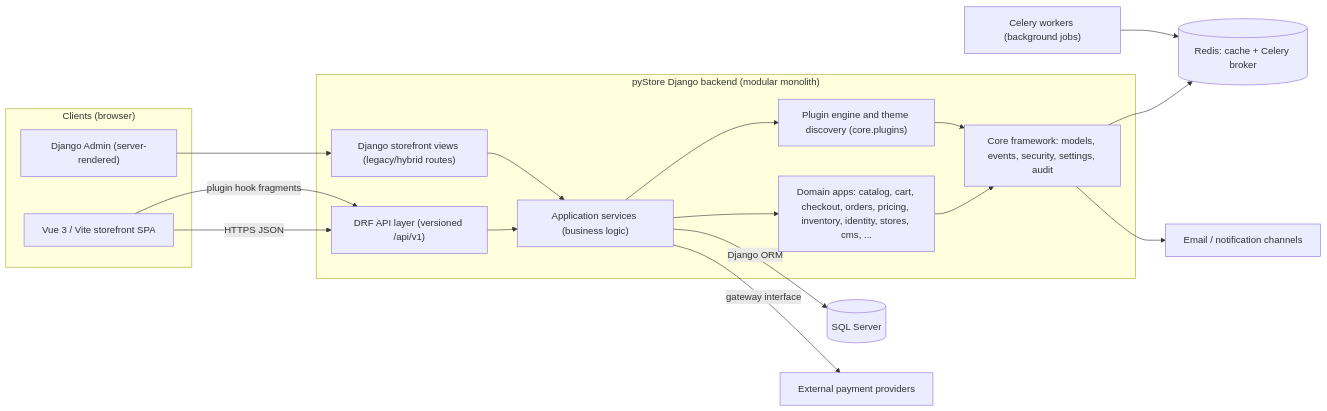
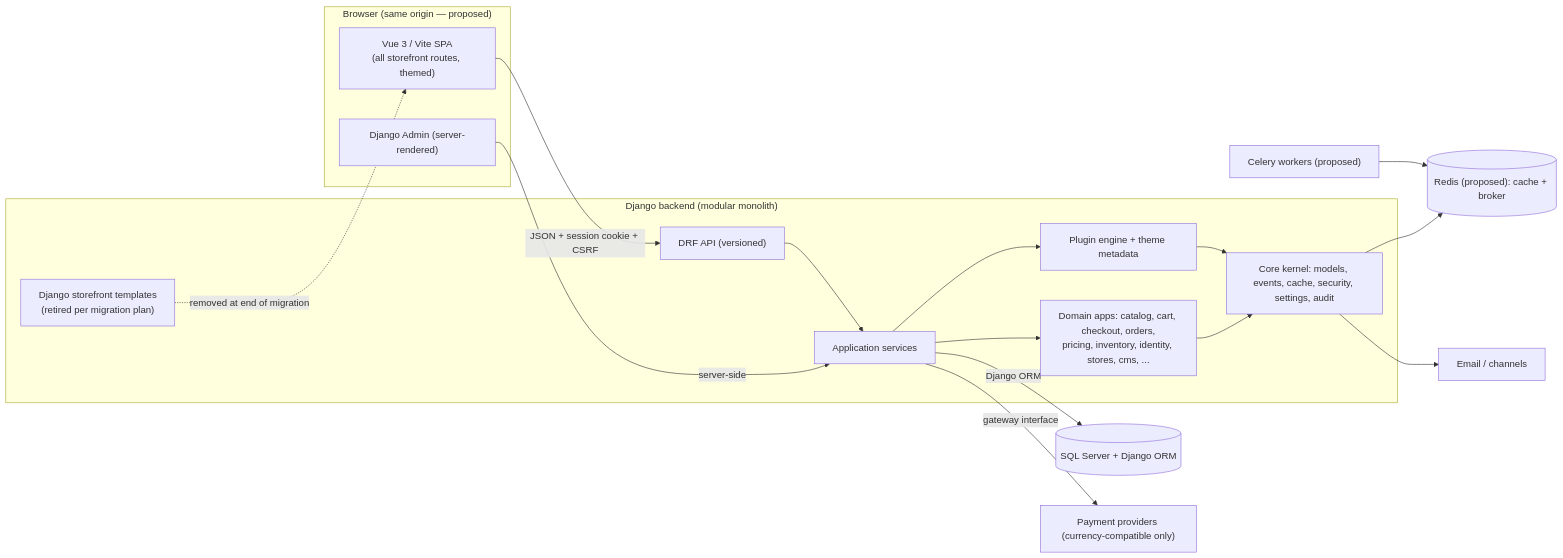
The second of 3 diagrams in specs/ARCHITECTURE.md (roshanfekr/pyStore), drawn with Mermaid before and after one commit. The commit also changed other lines of this file, not shown here.

````diff
--- a/specs/ARCHITECTURE.md
+++ b/specs/ARCHITECTURE.md
@@ -90,37 +321,36 @@
 ```mermaid
 flowchart LR
-    subgraph clients["Clients (browser)"]
-        VUE["Vue 3 / Vite storefront SPA"]
-        ADMINUI["Django Admin (server-rendered)"]
+    subgraph browser["Browser (same origin — proposed)"]
+        VUE["Vue 3 / Vite SPA<br/>(all storefront routes, themed)"]
+        ADMIN["Django Admin (server-rendered)"]
     end
 
-    subgraph backend["pyStore Django backend (modular monolith)"]
-        API["DRF API layer (versioned /api/v1)"]
-        PAGES["Django storefront views (legacy/hybrid routes)"]
-        SVCS["Application services (business logic)"]
-        DOM["Domain apps: catalog, cart, checkout, orders, pricing, inventory, identity, stores, cms, ..."]
-        PLUG["Plugin engine and theme discovery (core.plugins)"]
-        CORE["Core framework: models, events, security, settings, audit"]
+    subgraph django["Django backend (modular monolith)"]
+        API["DRF API (versioned)"]
+        SVCS["Application services"]
+        APPS["Domain apps: catalog, cart, checkout, orders,<br/>pricing, inventory, identity, stores, cms, ..."]
+        PLUG["Plugin engine + theme metadata"]
+        CORE["Core kernel: models, events, cache, security, settings, audit"]
+        LEGACY["Django storefront templates<br/>(retired per migration plan)"]
     end
 
-    DB[("SQL Server")]
-    REDIS[("Redis: cache + Celery broker")]
-    WORKERS["Celery workers (background jobs)"]
-    PAY["External payment providers"]
-    MAIL["Email / notification channels"]
+    DB[("SQL Server + Django ORM")]
+    REDIS[("Redis (proposed): cache + broker")]
+    WORK["Celery workers (proposed)"]
+    PAY["Payment providers (currency-compatible only)"]
+    MAIL["Email / channels"]
 
-    VUE -->|"HTTPS JSON"| API
-    VUE -->|"plugin hook fragments"| API
-    ADMINUI --> PAGES
+    VUE -->|"JSON + session cookie + CSRF"| API
+    ADMIN -->|"server-side"| SVCS
     API --> SVCS
-    PAGES --> SVCS
-    SVCS --> DOM
+    SVCS --> APPS
     SVCS --> PLUG
-    DOM --> CORE
+    APPS --> CORE
     PLUG --> CORE
     SVCS -->|"Django ORM"| DB
     CORE --> REDIS
-    WORKERS --> REDIS
+    WORK --> REDIS
     SVCS -->|"gateway interface"| PAY
     CORE --> MAIL
+    LEGACY -.->|"removed at end of migration"| VUE
 ```
````
